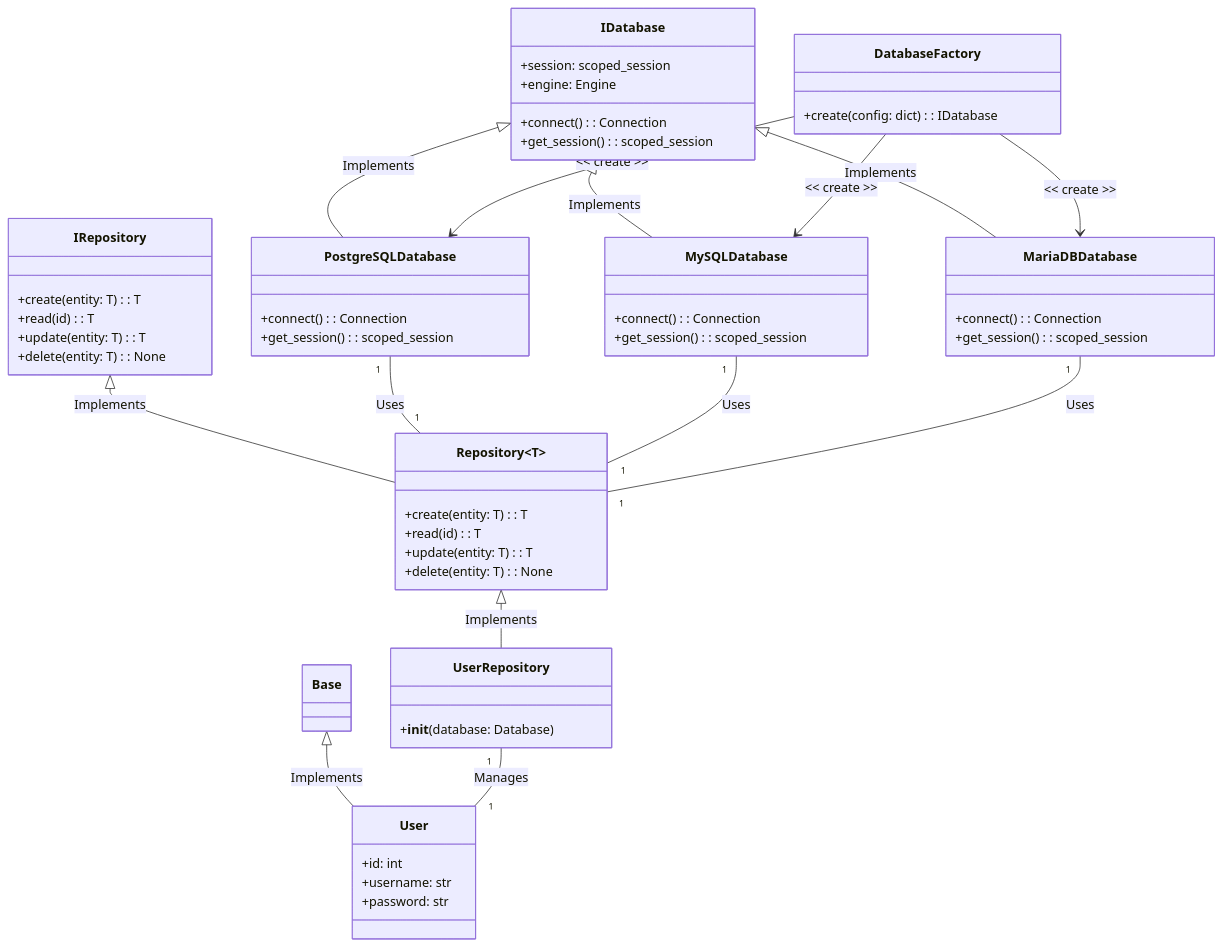
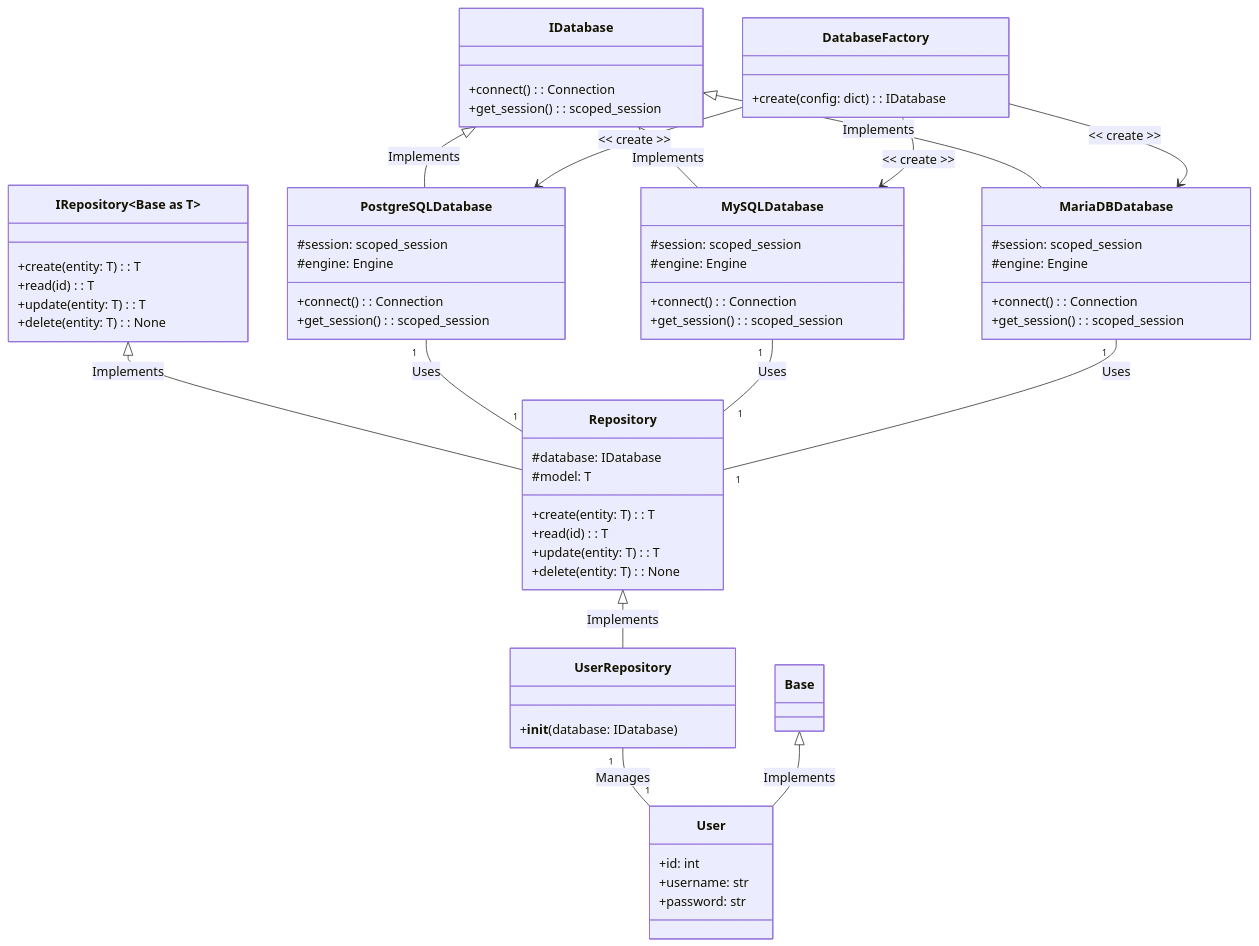
Before and after one commit to dellius-alexander/CRUDRepository: the first of 2 diagrams in README.md, drawn with Mermaid. The commit also changed other lines of this file and 12 other files, not shown here.

````diff
--- a/README.md
+++ b/README.md
@@ -39,60 +39,66 @@
 ```mermaid
 classDiagram
     class Base {
     }
     class User {
         +id: int
         +username: str
         +password: str
     }
-    Base <|-- User: Implements
     class IDatabase {
-        +session: scoped_session
-        +engine: Engine
         +connect(): Connection
         +get_session(): scoped_session
     }
+    class IRepository ~Base as T~ {
+        +create(entity: T) : T
+        +read(id) : T
+        +update(entity: T): T
+        +delete(entity: T): None
+    }
+    class Repository {
+        #database: IDatabase
+        #model: T
+        +create(entity: T) : T
+        +read(id) : T
+        +update(entity: T): T
+        +delete(entity: T): None
+    }
+    class UserRepository {
+        +__init__(database: IDatabase)
+    }
     class PostgreSQLDatabase {
+        #session: scoped_session
+        #engine: Engine
         +connect(): Connection
         +get_session(): scoped_session
     }
     class MySQLDatabase {
+        #session: scoped_session
+        #engine: Engine
         +connect(): Connection
         +get_session(): scoped_session
     }
     class MariaDBDatabase {
+        #session: scoped_session
+        #engine: Engine
         +connect(): Connection
         +get_session(): scoped_session
     }
     IDatabase <|-- PostgreSQLDatabase: Implements
     IDatabase <|-- MySQLDatabase: Implements
     IDatabase <|-- MariaDBDatabase: Implements
     class DatabaseFactory {
-        +create(config: dict): IDatabase 
+        +create(config: dict): IDatabase
     }
-    class IRepository {
-        +create(entity: T) : T
-        +read(id) : T
-        +update(entity: T): T
-        +delete(entity: T): None
-    }
-    class Repository ~T~{
-        +create(entity: T) : T
-        +read(id) : T
-        +update(entity: T): T
-        +delete(entity: T): None
-    }
-    IRepository <|-- Repository ~T~: Implements
-
-    class UserRepository {
-        +__init__(database: Database)
-    }
-    Repository ~T~ <|-- UserRepository: Implements
+    
+    IRepository ~Base as T~ <|-- Repository : Implements
+    Repository <|-- UserRepository: Implements
     PostgreSQLDatabase "1" -- "1" Repository: Uses
     MySQLDatabase "1" -- "1" Repository: Uses
     MariaDBDatabase "1" -- "1" Repository: Uses
     UserRepository "1" -- "1" User: Manages
+    Base <|-- User: Implements
     DatabaseFactory --> PostgreSQLDatabase: << create >>
     DatabaseFactory --> MySQLDatabase: << create >>
     DatabaseFactory --> MariaDBDatabase: << create >>
 ```
````
